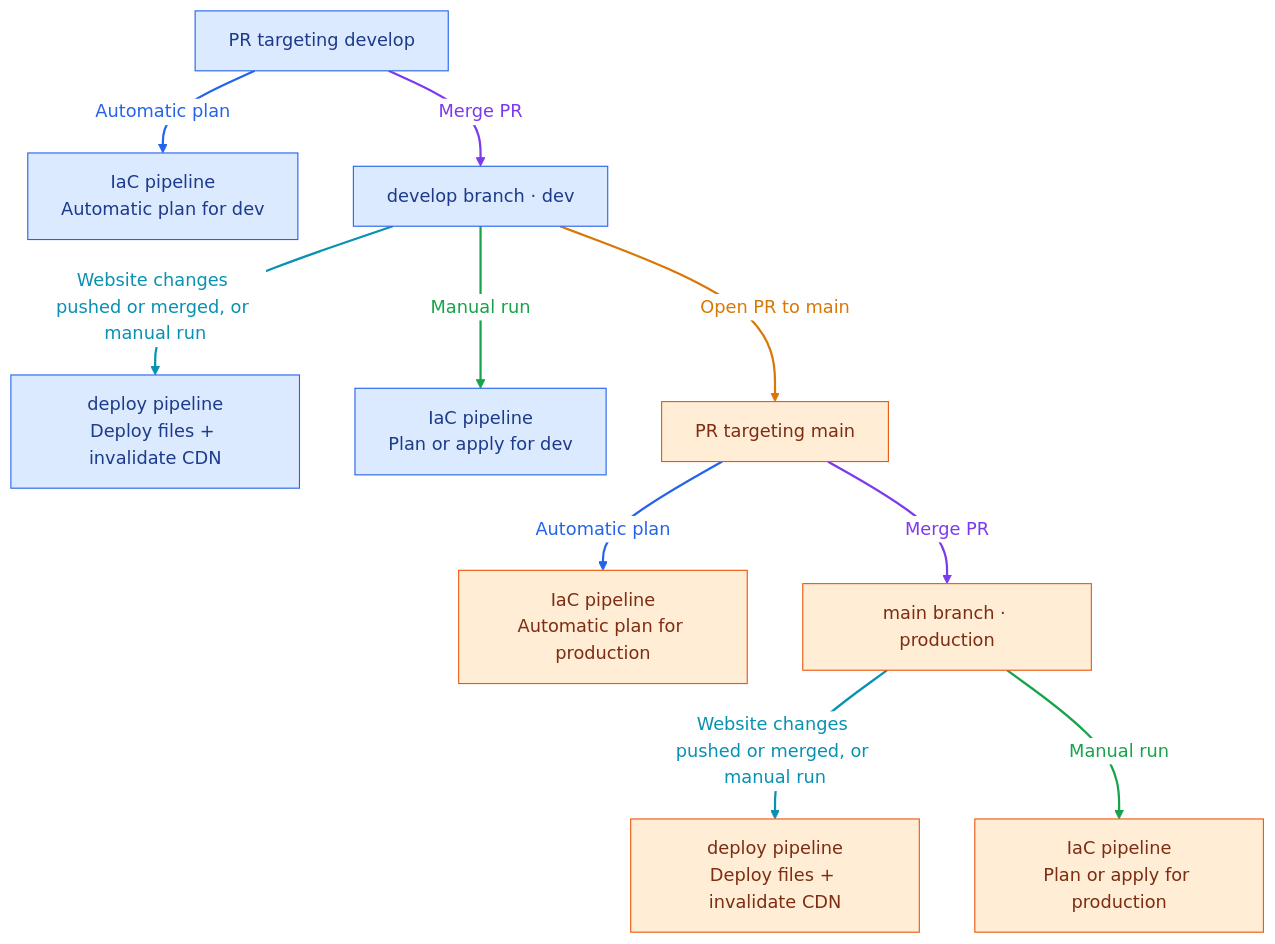
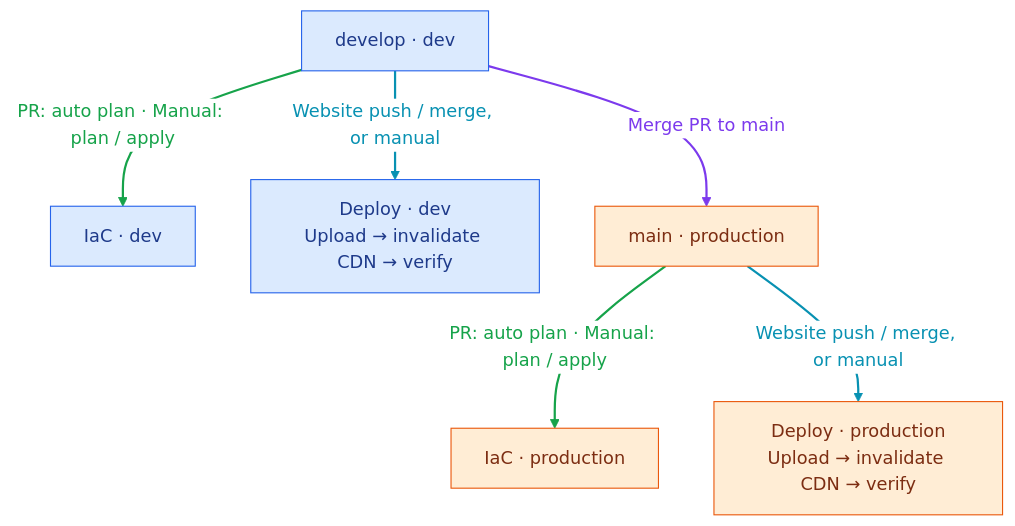
The second of 2 diagrams in README.md (gtaufic/my-website), drawn with Mermaid (neutral theme) before and after one commit. The commit also changed other lines of this file and 9 other files, not shown here.

````diff
--- a/README.md
+++ b/README.md
@@ -19,24 +21,16 @@
 ```mermaid
 flowchart TB
-    dev_pr["PR targeting develop"] -->|Automatic plan| dev_plan["IaC pipeline<br/>Automatic plan for dev"]
-    dev_pr -->|Merge PR| develop["develop branch · dev"]
-    develop -->|Website changes pushed or merged, or manual run| dev_website["deploy pipeline<br/>Deploy files + invalidate CDN"]
-    develop -->|Manual run| dev_iac["IaC pipeline<br/>Plan or apply for dev"]
-    develop -->|Open PR to main| production_pr["PR targeting main"]
-    production_pr -->|Automatic plan| production_plan["IaC pipeline<br/>Automatic plan for production"]
-    production_pr -->|Merge PR| main["main branch · production"]
-    main -->|Website changes pushed or merged, or manual run| production_website["deploy pipeline<br/>Deploy files + invalidate CDN"]
-    main -->|Manual run| production_iac["IaC pipeline<br/>Plan or apply for production"]
+    develop["develop · dev"] -->|PR: auto plan · Manual: plan / apply| dev_iac["IaC · dev"]
+    develop -->|Website push / merge, or manual| dev_deploy["Deploy · dev<br/>Upload → invalidate CDN → verify"]
+    develop -->|Merge PR to main| main["main · production"]
+    main -->|PR: auto plan · Manual: plan / apply| production_iac["IaC · production"]
+    main -->|Website push / merge, or manual| production_deploy["Deploy · production<br/>Upload → invalidate CDN → verify"]
 
     classDef dev fill:#dbeafe,stroke:#2563eb,color:#1e3a8a
     classDef production fill:#ffedd5,stroke:#ea580c,color:#7c2d12
-    class dev_pr,dev_plan,develop,dev_website,dev_iac dev
-    class production_pr,production_plan,main,production_website,production_iac production
-
-    %% Operation colors: plan, merge, deploy, manual run, and open PR.
-    linkStyle 0,5 stroke:#2563eb,color:#2563eb,stroke-width:2px
-    linkStyle 1,6 stroke:#7c3aed,color:#7c3aed,stroke-width:2px
-    linkStyle 2,7 stroke:#0891b2,color:#0891b2,stroke-width:2px
-    linkStyle 3,8 stroke:#16a34a,color:#16a34a,stroke-width:2px
-    linkStyle 4 stroke:#d97706,color:#d97706,stroke-width:2px
+    class develop,dev_iac,dev_deploy dev
+    class main,production_iac,production_deploy production
+    linkStyle 0,3 stroke:#16a34a,color:#16a34a,stroke-width:2px
+    linkStyle 1,4 stroke:#0891b2,color:#0891b2,stroke-width:2px
+    linkStyle 2 stroke:#7c3aed,color:#7c3aed,stroke-width:2px
 ```
````
